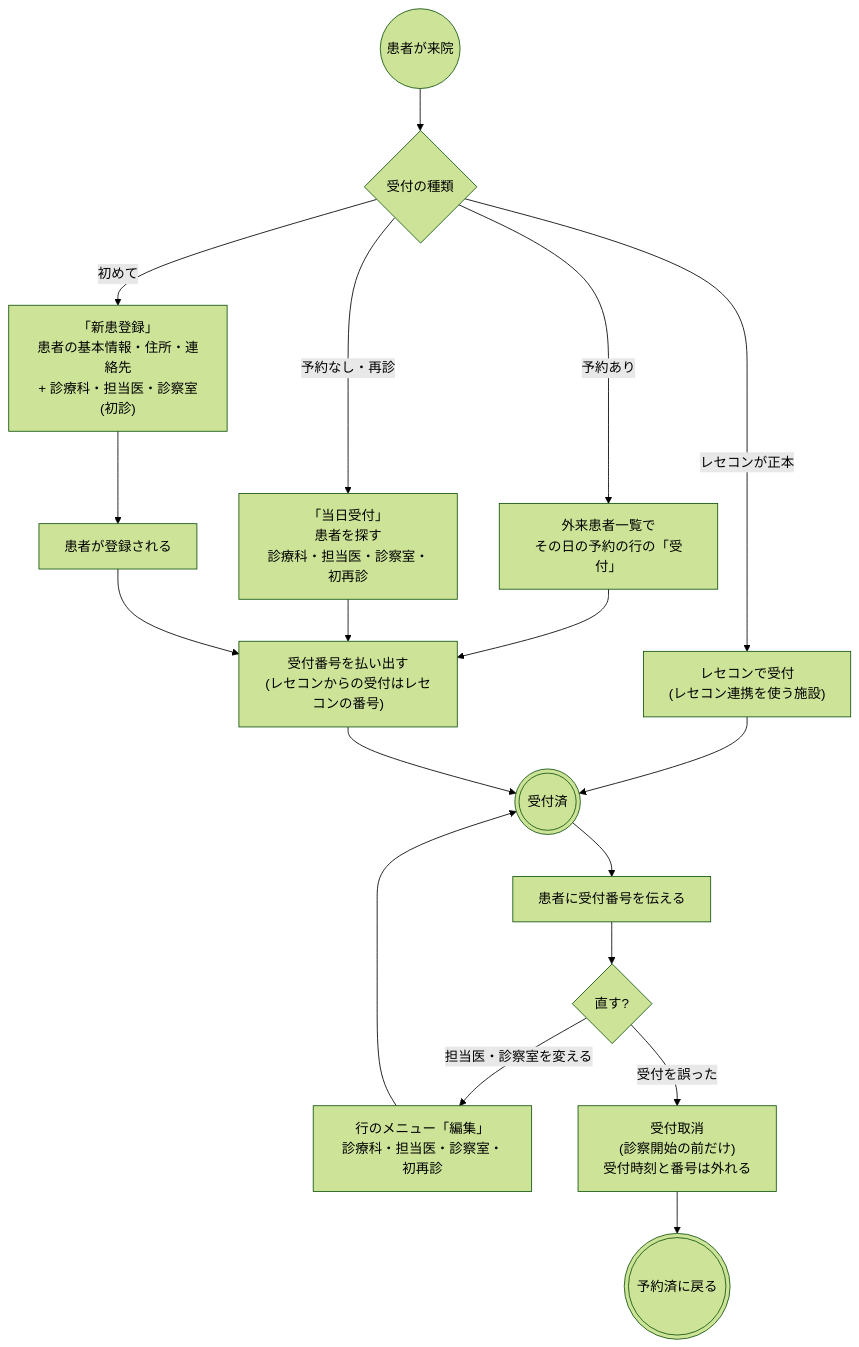
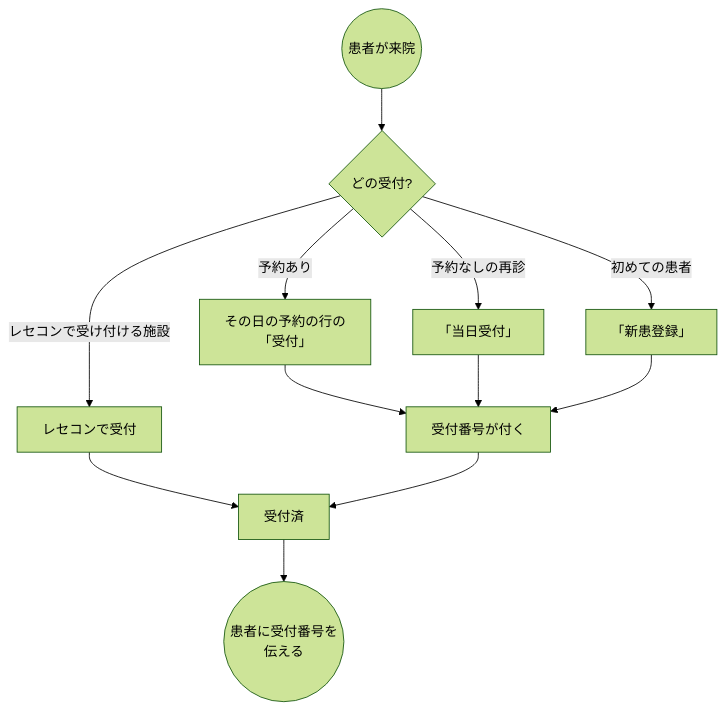
The third of 18 diagrams in docs/order-flows/outpatient.md (ysnr-dev/fhir-client), drawn with Mermaid (forest theme) before and after one commit. The commit also changed other lines of this file and 14 other files, not shown here.

Commit message:
docs: 業務フローに書き方の決まりを追加し図と用語を整理

````diff
--- a/docs/order-flows/outpatient.md
+++ b/docs/order-flows/outpatient.md
@@ -119,26 +149,19 @@
 ```mermaid
 flowchart TD
   arrive(("患者が来院"))
-  kind{"受付の種類"}
-  reserved["外来患者一覧で<br/>その日の予約の行の「受付」"]
-  walkin["「当日受付」<br/>患者を探す<br/>診療科・担当医・診察室・初再診"]
-  newPatient["「新患登録」<br/>患者の基本情報・住所・連絡先<br/>+ 診療科・担当医・診察室(初診)"]
-  rececon["レセコンで受付<br/>(レセコン連携を使う施設)"]
-  registered["患者が登録される"]
-  number["受付番号を払い出す<br/>(レセコンからの受付はレセコンの番号)"]
-  checked((("受付済")))
-  tell["患者に受付番号を伝える"]
-  edit{"直す?"}
-  editForm["行のメニュー「編集」<br/>診療科・担当医・診察室・初再診"]
-  undo["受付取消<br/>(診察開始の前だけ)<br/>受付時刻と番号は外れる"]
-  bookedAgain((("予約済に戻る")))
+  kind{"どの受付?"}
+  reserved["その日の予約の行の<br/>「受付」"]
+  walkin["「当日受付」"]
+  newPatient["「新患登録」"]
+  rececon["レセコンで受付"]
+  number["受付番号が付く"]
+  checked["受付済"]
+  tell(("患者に受付番号を<br/>伝える"))
 
   arrive --> kind
   kind -- "予約あり" --> reserved --> number
-  kind -- "予約なし・再診" --> walkin --> number
-  kind -- "初めて" --> newPatient --> registered --> number
-  kind -- "レセコンが正本" --> rececon --> checked
-  number --> checked --> tell --> edit
-  edit -- "担当医・診察室を変える" --> editForm --> checked
-  edit -- "受付を誤った" --> undo --> bookedAgain
+  kind -- "予約なしの再診" --> walkin --> number
+  kind -- "初めての患者" --> newPatient --> number
+  kind -- "レセコンで受け付ける施設" --> rececon --> checked
+  number --> checked --> tell
 ```
````
